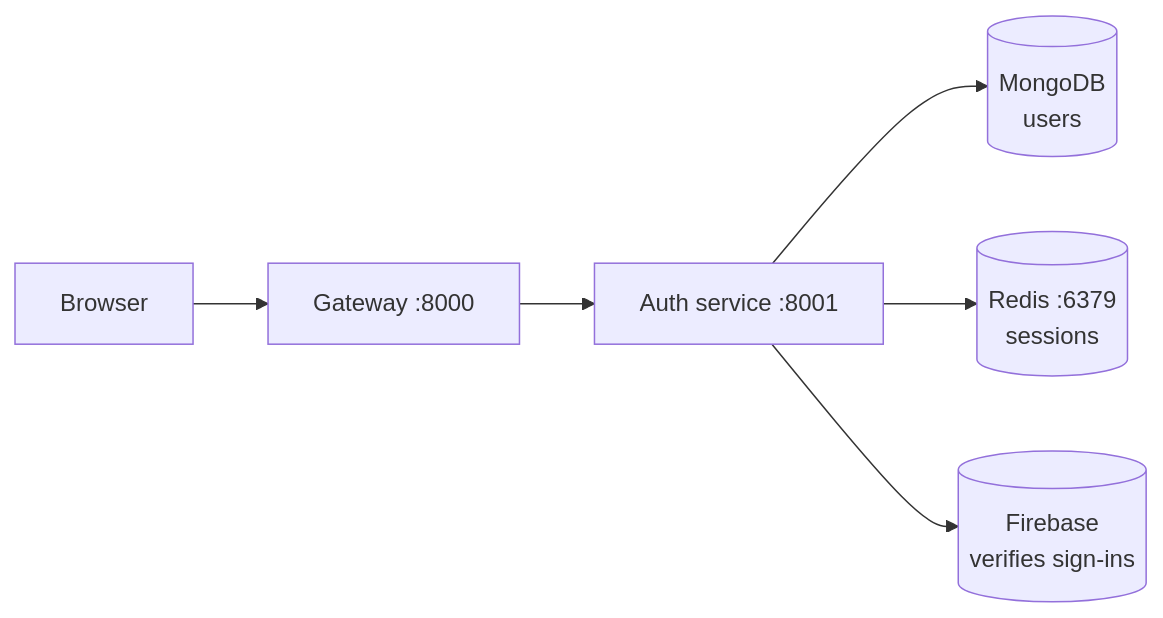
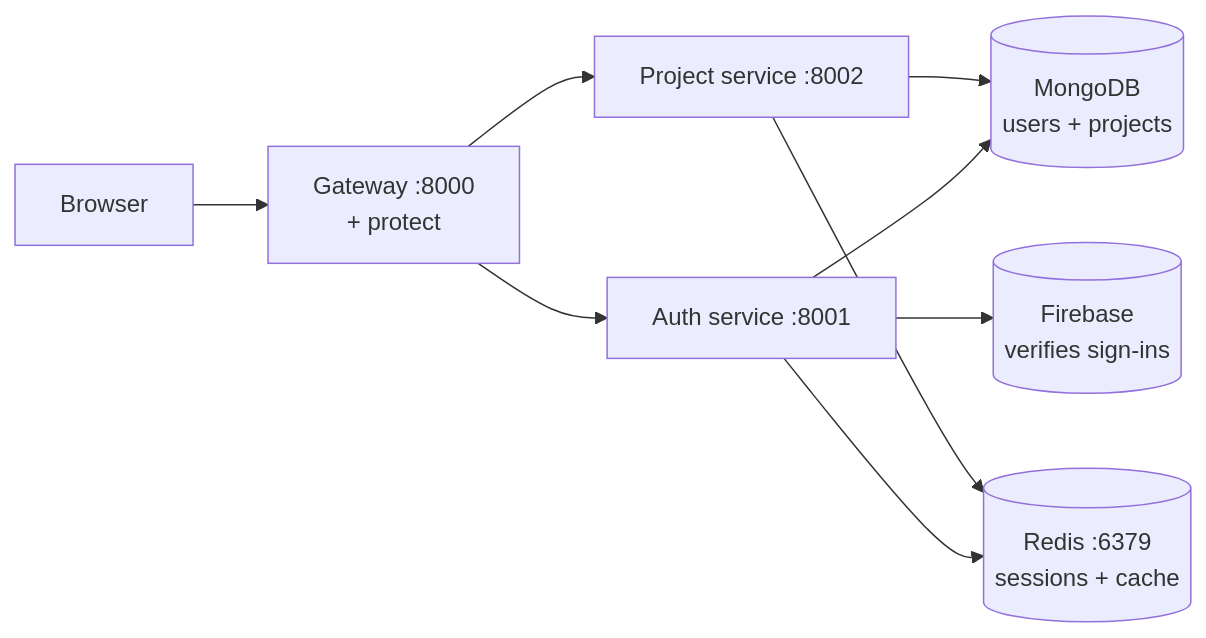
The diagram in README.md (yamanhassan1/NexPulse), drawn with Mermaid before and after one commit. The commit also changed other lines of this file and 12 other files, not shown here.

First line of the commit message:
feat: update documentation for project service and session management

````diff
--- a/README.md
+++ b/README.md
@@ -15,8 +15,11 @@
 ```mermaid
 flowchart LR
-    B[Browser] --> G["Gateway :8000"]
+    B[Browser] --> G["Gateway :8000<br>+ protect"]
     G --> A["Auth service :8001"]
-    A --> M[("MongoDB<br>users")]
-    A --> R[("Redis :6379<br>sessions")]
+    G --> P["Project service :8002"]
+    A --> M[("MongoDB<br>users + projects")]
+    P --> M
+    A --> R[("Redis :6379<br>sessions + cache")]
+    P --> R
     A --> F[("Firebase<br>verifies sign-ins")]
 ```
````
